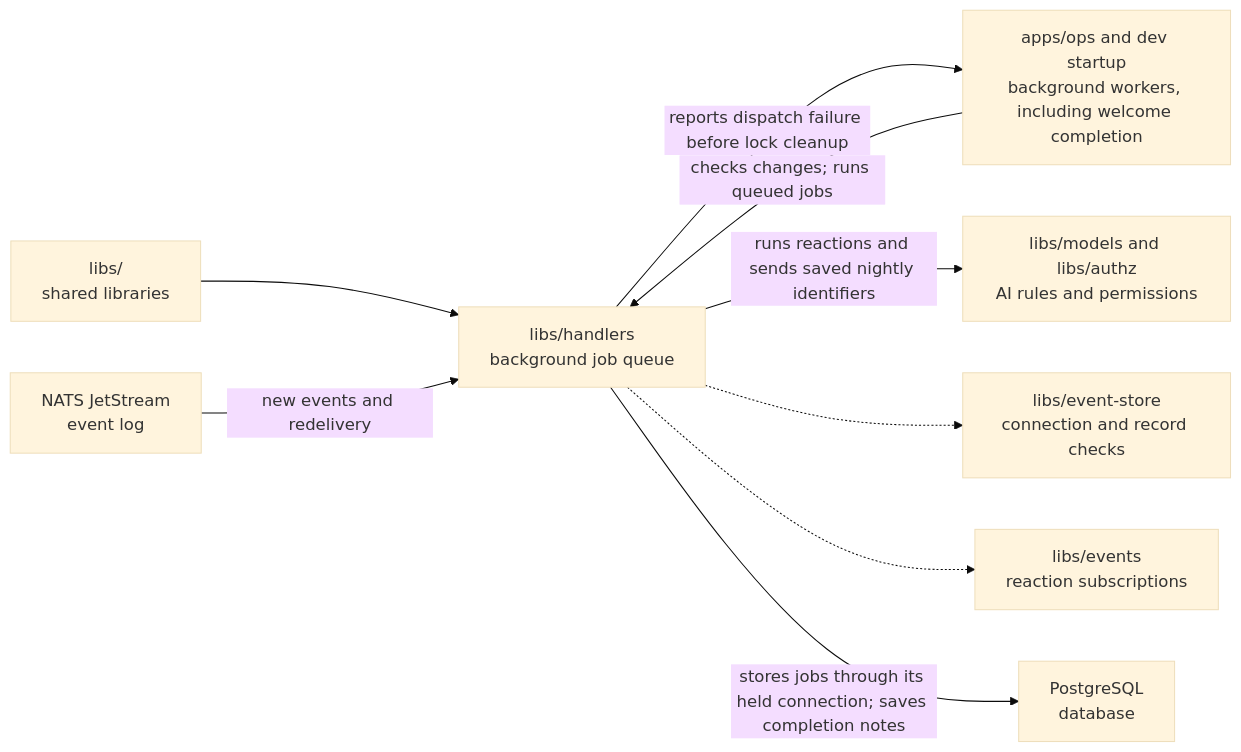
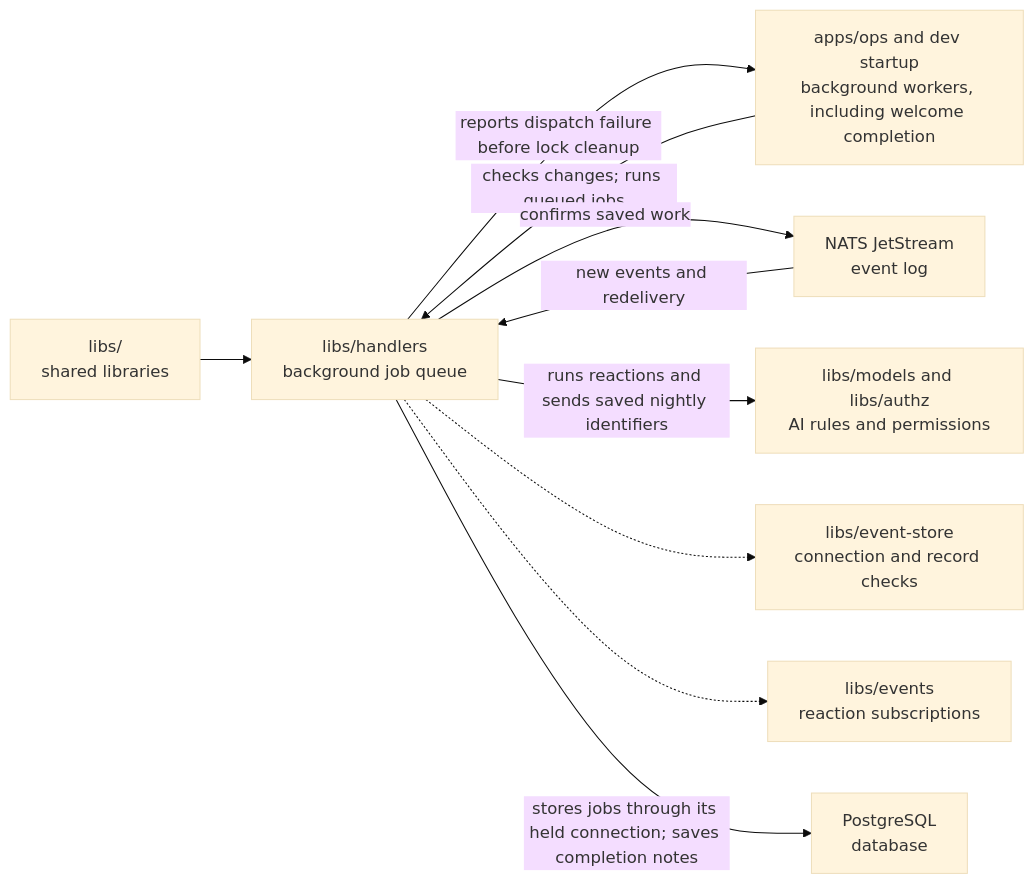
The diagram in libs/handlers/README.md (elewa-git/opencrane-new), drawn with Mermaid (base theme) before and after one commit. The commit also changed other lines of this file and 19 other files, not shown here.

````diff
--- a/libs/handlers/README.md
+++ b/libs/handlers/README.md
@@ -21,11 +22,12 @@
 ```mermaid
 flowchart LR
   parent["libs/<br/>shared libraries"] --> handlers["libs/handlers<br/>background job queue"]
   ops["apps/ops and dev startup<br/>background workers, including welcome completion"] -->|checks changes; runs queued jobs| handlers
   handlers -->|reports dispatch failure before lock cleanup| ops
   nats["NATS JetStream<br/>event log"] -->|new events and redelivery| handlers
+  handlers -->|confirms saved work| nats
   handlers -->|runs reactions and sends saved nightly identifiers| reactions["libs/models and libs/authz<br/>AI rules and permissions"]
   handlers -.-> store["libs/event-store<br/>connection and record checks"]
   handlers -.-> events["libs/events<br/>reaction subscriptions"]
   handlers -->|stores jobs through its held connection; saves completion notes| pg["PostgreSQL<br/>database"]
 ```
````
